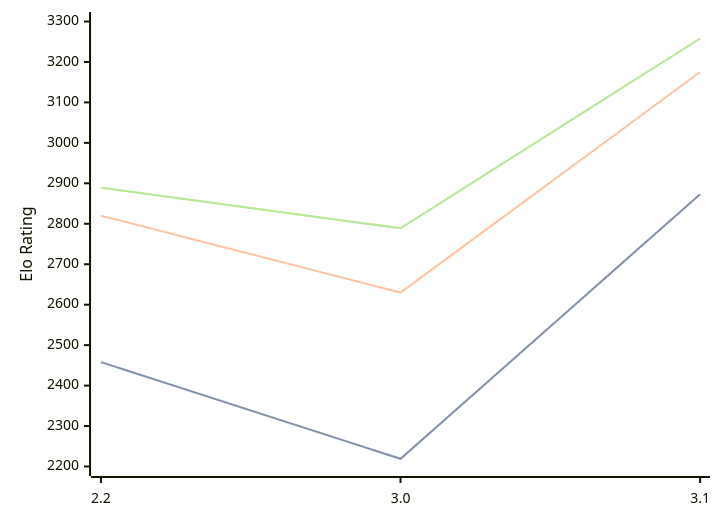
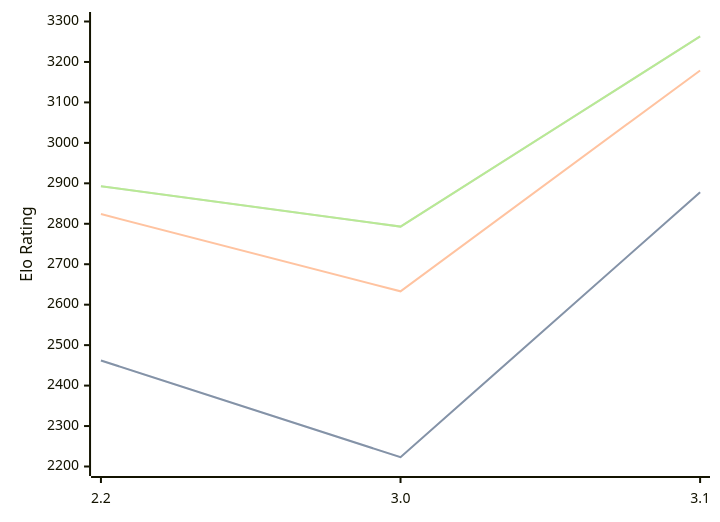
One commit to computer-chess-index/cci changed the diagram in engines/Thrawn.md. Above: the diagram before and after it, drawn with Mermaid. The commit also changed other lines of this file, not shown here.

Commit message:
Update CCI Ratings (ELO VLTC) - 2026-08-18

````diff
--- a/engines/Thrawn.md
+++ b/engines/Thrawn.md
@@ -33,11 +33,11 @@
 ```mermaid
 %%{init: {"theme":"base","themeVariables":{"seriesColors:['#a3a3a3','#222221','#faa371']}}}%%
 xychart-beta
   x-axis ["2.2", "3.0", "3.1"]
   y-axis "Elo Rating" 2200 --> 3300
-  line "STC (8.0+0.08s)" [2458, 2219, 2873]
-  line "STC (8.0+0.08s)" [2458, 2219, 2873]
-  line "LTC (60.0+0.60s)" [2820, 2630, 3175]
-  line "VLTC (2m24s+1.12s)" [2889, 2789, 3258]
-  line "VLTC (2m24s+1.12s)" [2889, 2789, 3258]
+  line "STC (8.0+0.08s)" [2462, 2223, 2878]
+  line "STC (8.0+0.08s)" [2462, 2223, 2878]
+  line "LTC (60.0+0.60s)" [2824, 2633, 3179]
+  line "VLTC (2m24s+1.12s)" [2893, 2793, 3263]
+  line "VLTC (2m24s+1.12s)" [2893, 2793, 3263]
 ```
````
